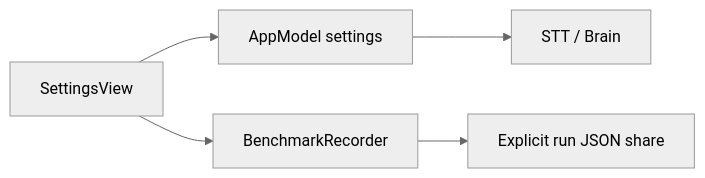
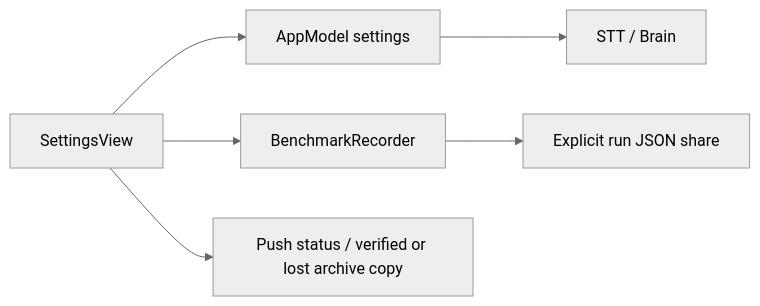
Before and after one commit to Harwasch/voiceremote: the diagram in SW/ios/App/Settings/README.md, drawn with Mermaid (neutral theme). The commit also changed other lines of this file and 32 other files, not shown here.

Commit message:
SW: phone push wake, audit archive in the app, remote BLE phone side

````diff
--- a/SW/ios/App/Settings/README.md
+++ b/SW/ios/App/Settings/README.md
@@ -1,5 +1,6 @@
 ```mermaid
 flowchart LR
   SettingsView --> AppSettings[AppModel settings] --> Engines[STT / Brain]
   SettingsView --> Recorder[BenchmarkRecorder] --> Share[Explicit run JSON share]
+  SettingsView --> Audit[Push status / verified or lost archive copy]
 ```
````
